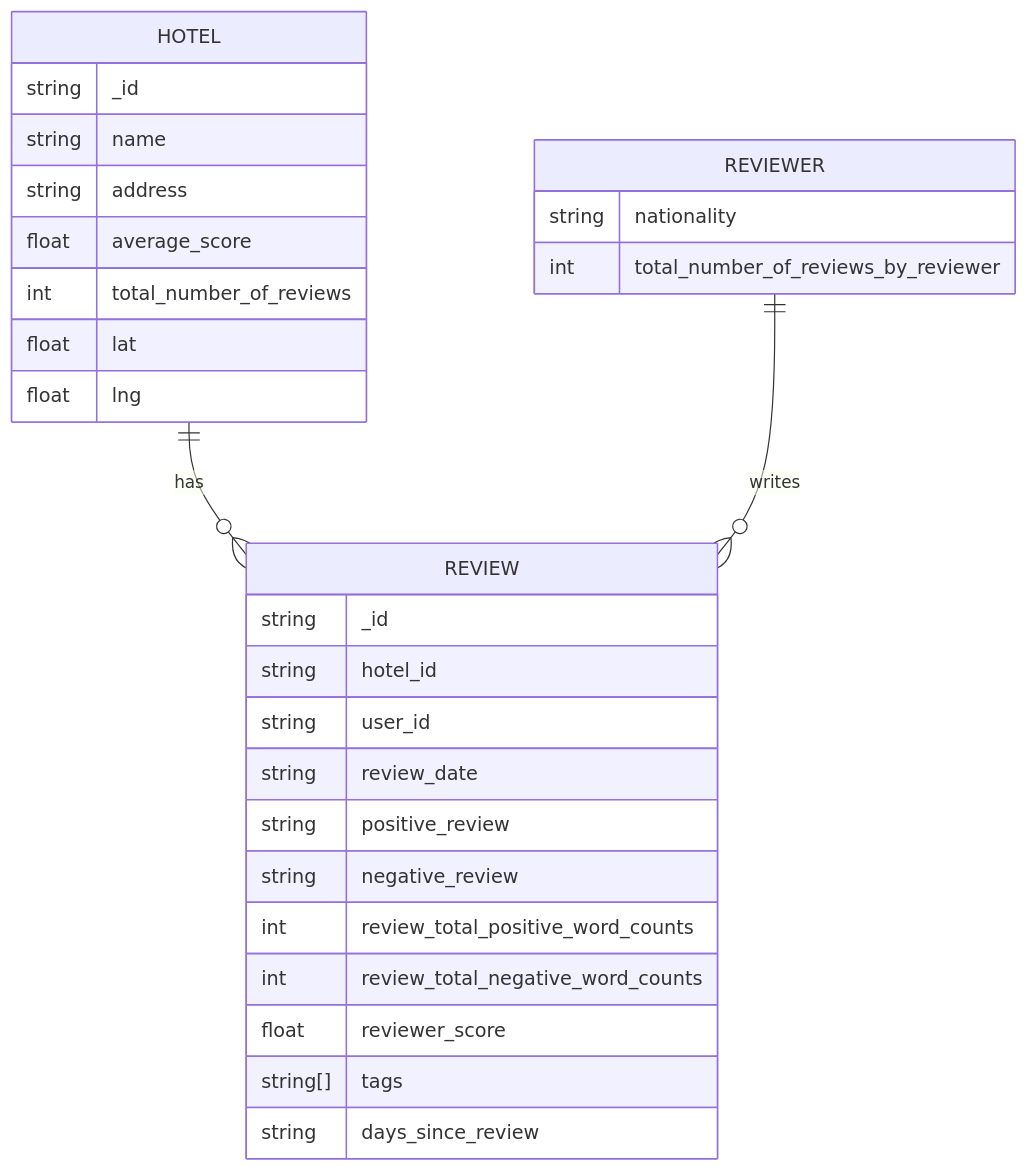
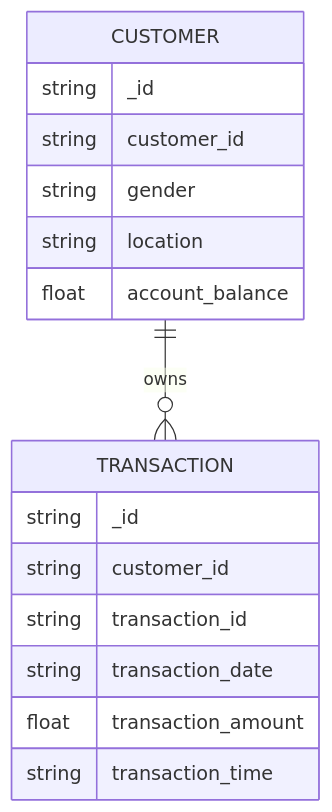
Before and after one commit to danielperebinos/UTM-TBD-L2: the diagram in README.md, drawn with Mermaid. The commit also changed other lines of this file and 7 other files, not shown here.

````diff
--- a/README.md
+++ b/README.md
@@ -117,34 +127,21 @@
 ```mermaid
 erDiagram
-    HOTEL ||--o{ REVIEW: has
-    REVIEWER ||--o{ REVIEW: writes
+    CUSTOMER ||--o{ TRANSACTION: owns
 
-    HOTEL {
+    CUSTOMER {
         string _id
-        string name
-        string address
-        float average_score
-        int total_number_of_reviews
-        float lat
-        float lng
+        string customer_id
+        string gender
+        string location
+        float account_balance
     }
 
-    REVIEW {
+    TRANSACTION {
         string _id
-        string hotel_id
-        string user_id
-        string review_date
-        string positive_review
-        string negative_review
-        int review_total_positive_word_counts
-        int review_total_negative_word_counts
-        float reviewer_score
-        string[] tags
-        string days_since_review
-    }
-
-    REVIEWER {
-        string nationality
-        int total_number_of_reviews_by_reviewer
+        string customer_id
+        string transaction_id
+        string transaction_date
+        float transaction_amount
+        string transaction_time
     }
 ```
````
